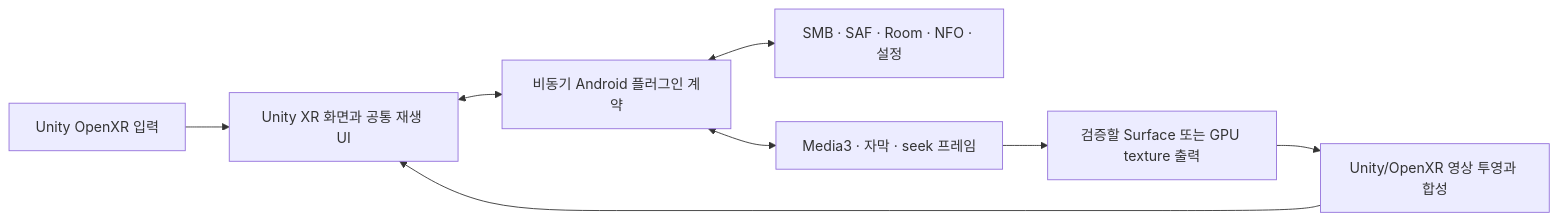
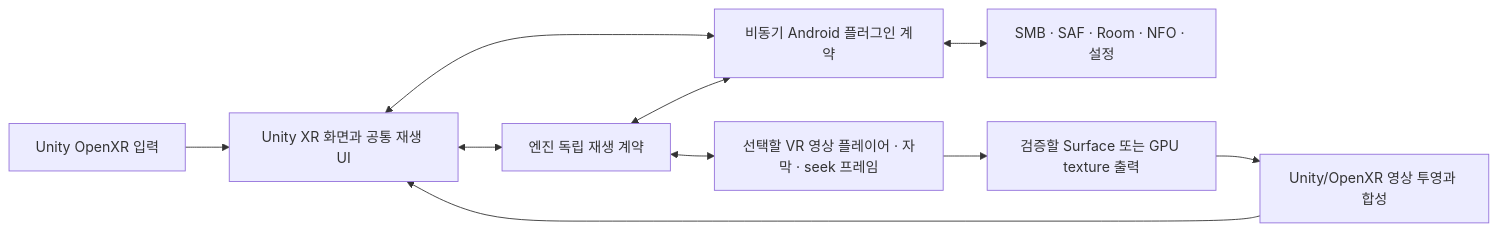
Before and after one commit to blackark87/xr-stream-app: the diagram in docs/UNITY_OPENXR_PORT_PLAN.md, drawn with Mermaid. The commit also changed other lines of this file and 43 other files, not shown here.

````diff
--- a/docs/UNITY_OPENXR_PORT_PLAN.md
+++ b/docs/UNITY_OPENXR_PORT_PLAN.md
@@ -110,10 +115,12 @@
 ```mermaid
 flowchart LR
     UI[Unity XR 화면과 공통 재생 UI] <--> Bridge[비동기 Android 플러그인 계약]
     Input[Unity OpenXR 입력] --> UI
     Bridge <--> Data[SMB · SAF · Room · NFO · 설정]
-    Bridge <--> Media[Media3 · 자막 · seek 프레임]
+    UI <--> Playback[엔진 독립 재생 계약]
+    Playback <--> Bridge
+    Playback <--> Media[선택할 VR 영상 플레이어 · 자막 · seek 프레임]
     Media --> Output[검증할 Surface 또는 GPU texture 출력]
     Output --> Render[Unity/OpenXR 영상 투영과 합성]
     Render --> UI
 ```
````
